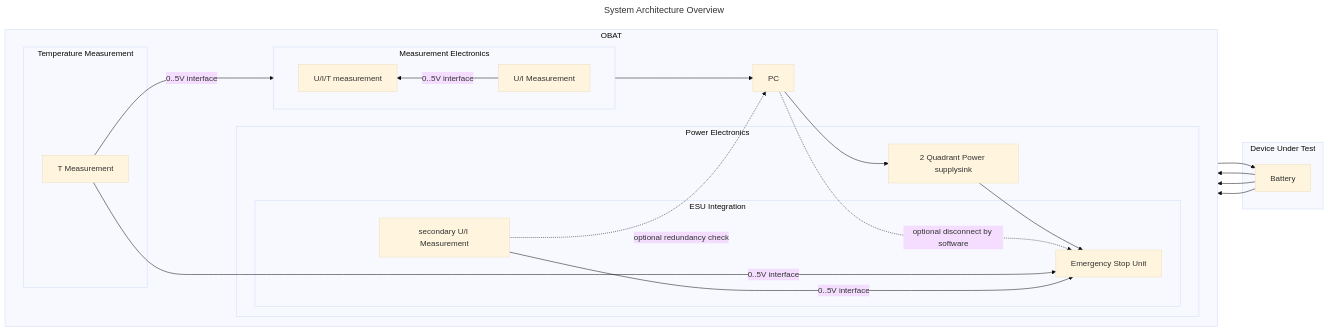
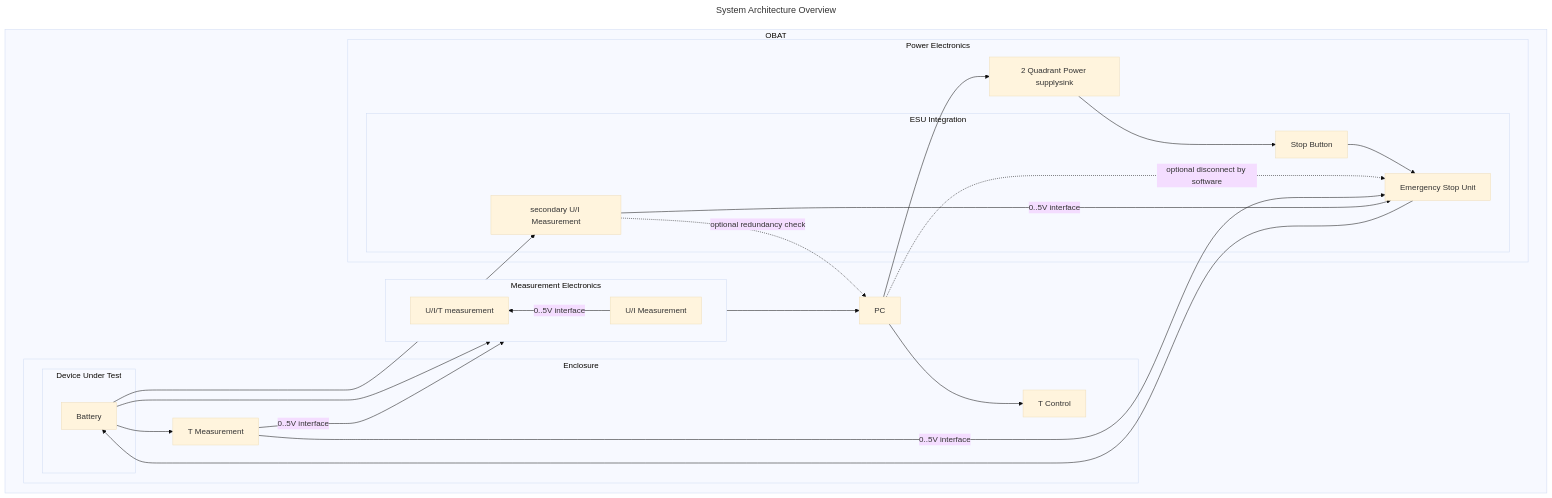
Before and after one commit to pascalguttmann/obat: the diagram in docs/arch/overview.md, drawn with Mermaid (base theme).

Commit message:
add enclosure in system diagram

````diff
--- a/docs/arch/overview.md
+++ b/docs/arch/overview.md
@@ -56,50 +56,54 @@
 ```mermaid
 ---
 title: System Architecture Overview
 ---
 flowchart LR
 
-subgraph sub-dut [Device Under Test]
-    bat[Battery]
-end
 
 subgraph sub-obat [OBAT]
     direction LR
     pc[PC]
 
     subgraph sub-power [Power Electronics]
         pss-internal[2 Quadrant Power supplysink]
 
         subgraph sub-esu [ESU Integration]
+            stop-button[Stop Button]
             esu[Emergency Stop Unit]
             measurement2[secondary U/I Measurement]
         end
 
     end
 
     subgraph sub-meas [Measurement Electronics]
         direction RL
         measurement[U/I Measurement]
         meas[U/I/T measurement]
     end
 
-    subgraph sub-extT [Temperature Measurement]
+    subgraph sub-enclosure [Enclosure]
         measurement_T[T Measurement]
+        control_T[T Control]
+        subgraph sub-dut [Device Under Test]
+            bat[Battery]
+        end
     end
 
     pc --> pss-internal
-    pss-internal --> esu
+    pss-internal --> stop-button
+    stop-button --> esu
     esu --> bat
     bat --> measurement
     bat --> measurement2
     bat --> measurement_T
     measurement2 -. optional redundancy check .-> pc
     meas --> pc
     pc -. optional disconnect by software .-> esu
+    pc --> control_T
 
     measurement -- 0..5V interface --> meas
     measurement_T -- 0..5V interface --> meas
     measurement_T -- 0..5V interface --> esu
     measurement2 -- 0..5V interface --> esu
 end
 ```
````
